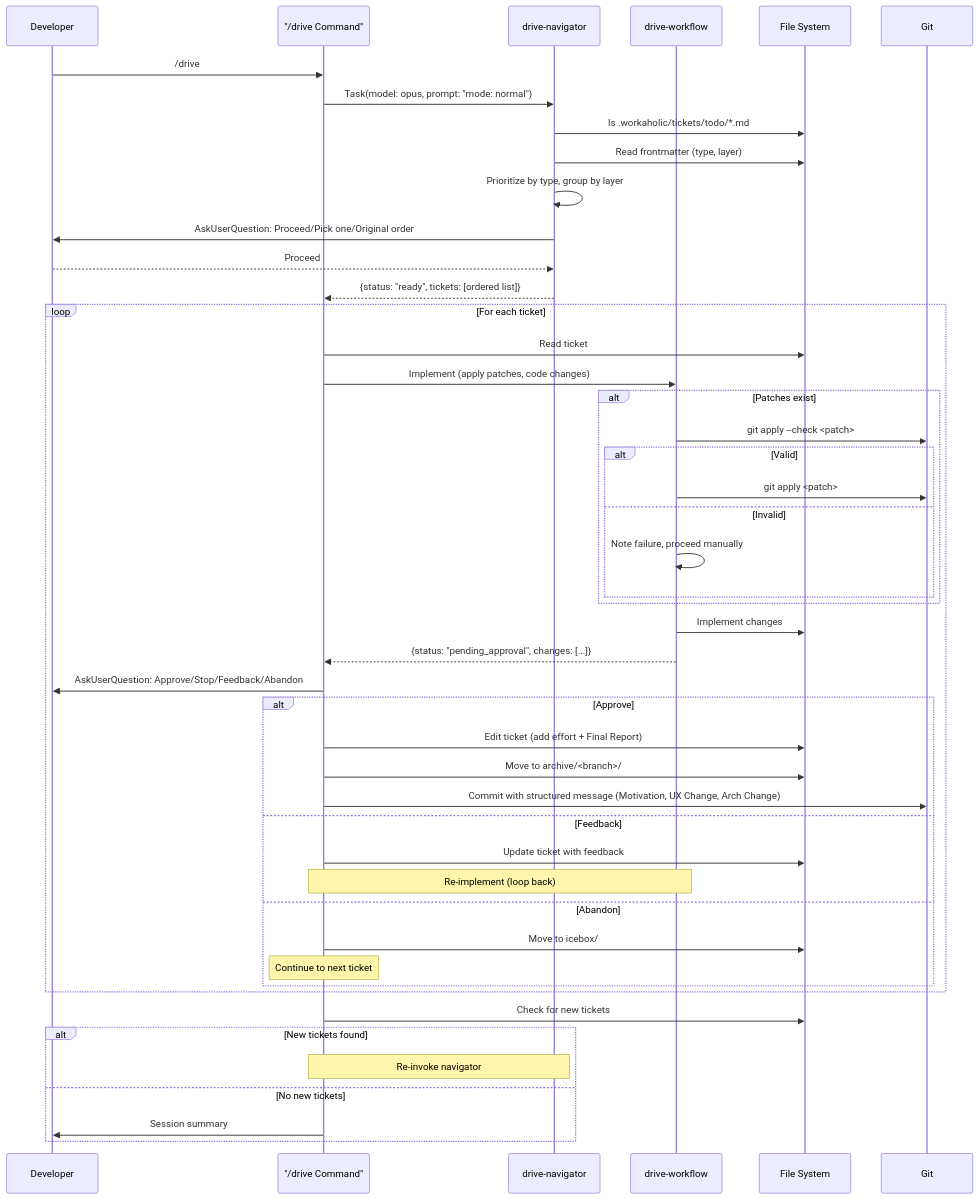
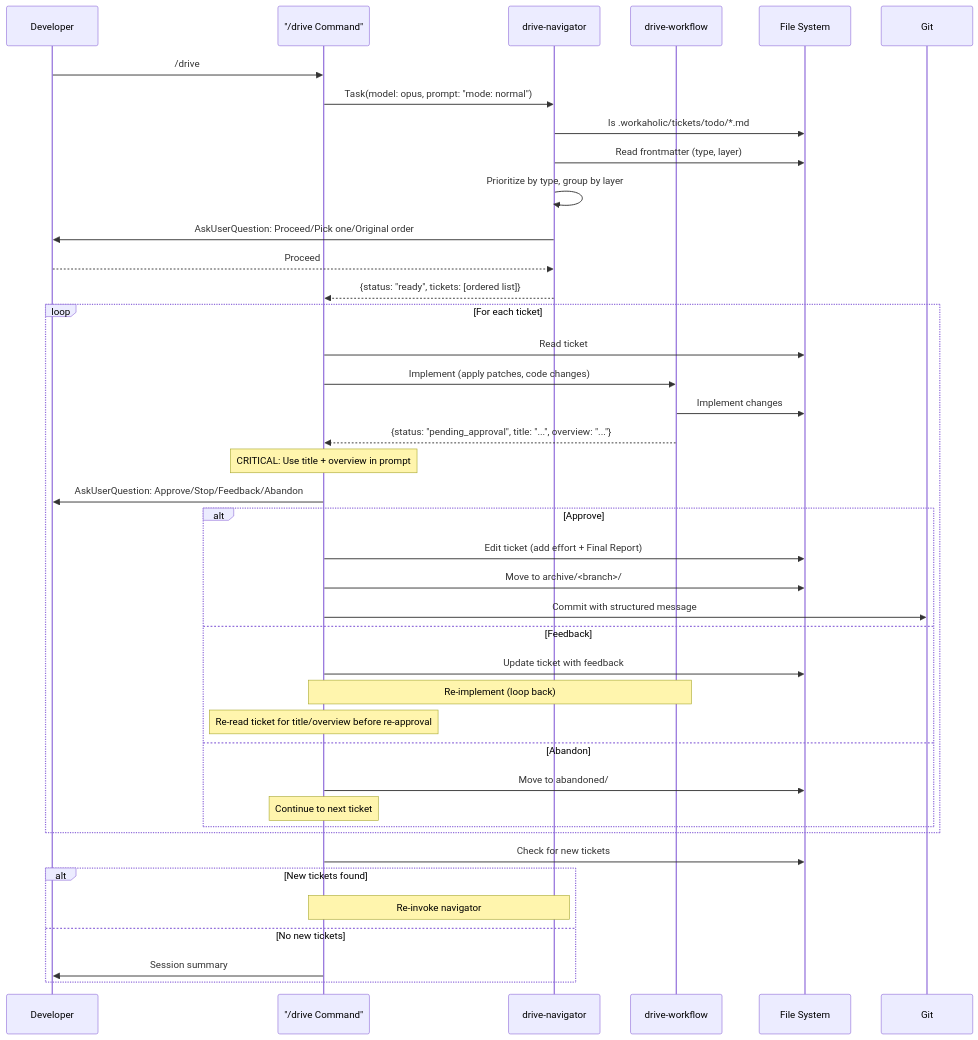
The third of 4 diagrams in .workaholic/specs/usecase.md (qmu/workaholic), drawn with Mermaid before and after one commit. The commit also changed other lines of this file and 57 other files, not shown here.

````diff
--- a/.workaholic/specs/usecase.md
+++ b/.workaholic/specs/usecase.md
@@ -202,53 +309,48 @@
 ```mermaid
 sequenceDiagram
     participant Dev as Developer
     participant Cmd as "/drive Command"
     participant Nav as drive-navigator
     participant Wf as drive-workflow
     participant FS as File System
     participant Git as Git
 
     Dev->>Cmd: /drive
     Cmd->>Nav: Task(model: opus, prompt: "mode: normal")
     Nav->>FS: ls .workaholic/tickets/todo/*.md
     Nav->>FS: Read frontmatter (type, layer)
     Nav->>Nav: Prioritize by type, group by layer
     Nav->>Dev: AskUserQuestion: Proceed/Pick one/Original order
     Dev-->>Nav: Proceed
     Nav-->>Cmd: {status: "ready", tickets: [ordered list]}
 
     loop For each ticket
         Cmd->>FS: Read ticket
         Cmd->>Wf: Implement (apply patches, code changes)
-        alt Patches exist
-            Wf->>Git: git apply --check <patch>
-            alt Valid
-                Wf->>Git: git apply <patch>
-            else Invalid
-                Wf->>Wf: Note failure, proceed manually
-            end
-        end
         Wf->>FS: Implement changes
-        Wf-->>Cmd: {status: "pending_approval", changes: [...]}
+        Wf-->>Cmd: {status: "pending_approval", title: "...", overview: "..."}
+
+        Note over Cmd: CRITICAL: Use title + overview in prompt
         Cmd->>Dev: AskUserQuestion: Approve/Stop/Feedback/Abandon
 
         alt Approve
             Cmd->>FS: Edit ticket (add effort + Final Report)
             Cmd->>FS: Move to archive/<branch>/
-            Cmd->>Git: Commit with structured message (Motivation, UX Change, Arch Change)
+            Cmd->>Git: Commit with structured message
         else Feedback
             Cmd->>FS: Update ticket with feedback
             Note over Cmd,Wf: Re-implement (loop back)
+            Note over Cmd: Re-read ticket for title/overview before re-approval
         else Abandon
-            Cmd->>FS: Move to icebox/
+            Cmd->>FS: Move to abandoned/
             Note over Cmd: Continue to next ticket
         end
     end
 
     Cmd->>FS: Check for new tickets
     alt New tickets found
         Note over Cmd,Nav: Re-invoke navigator
     else No new tickets
         Cmd->>Dev: Session summary
     end
 ```
````
